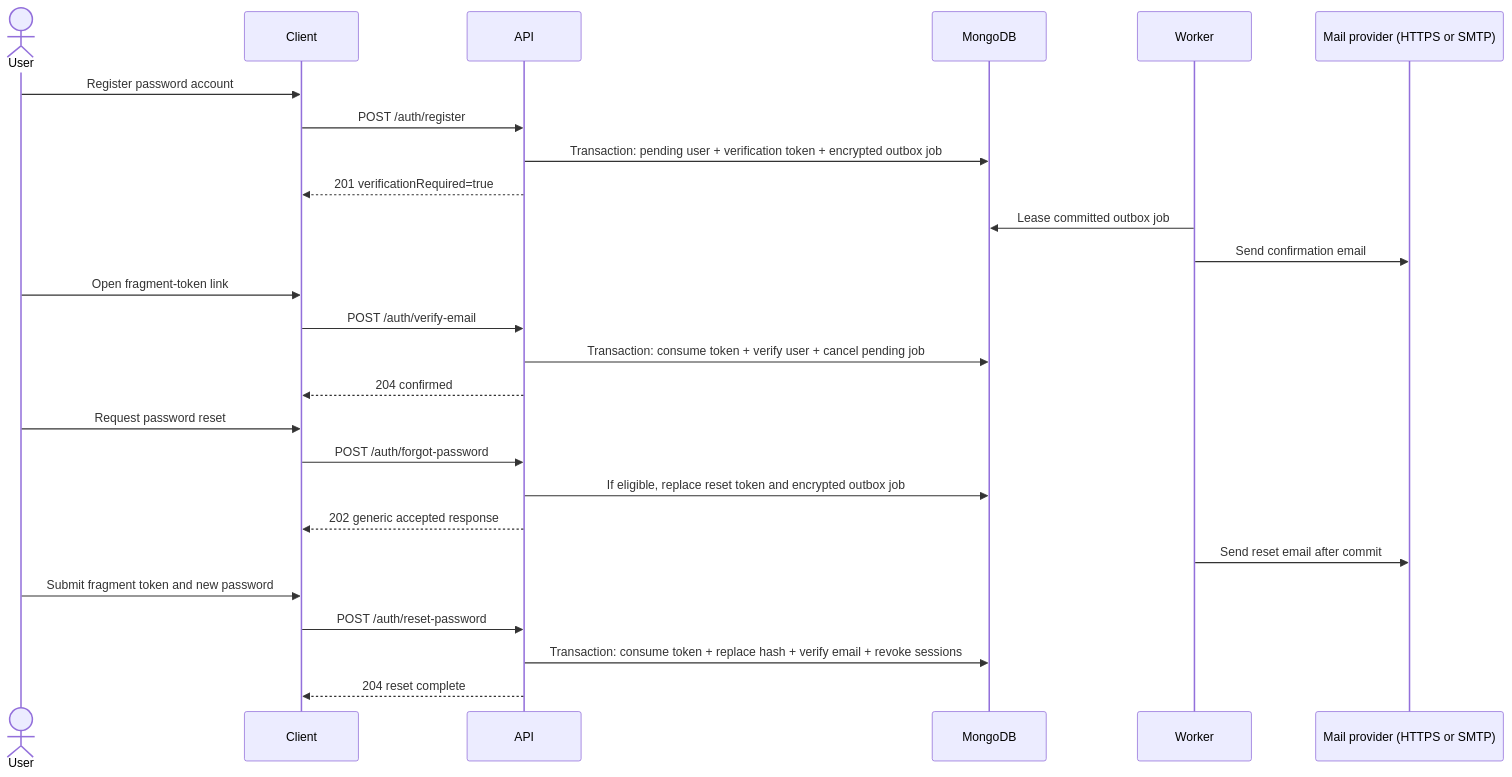
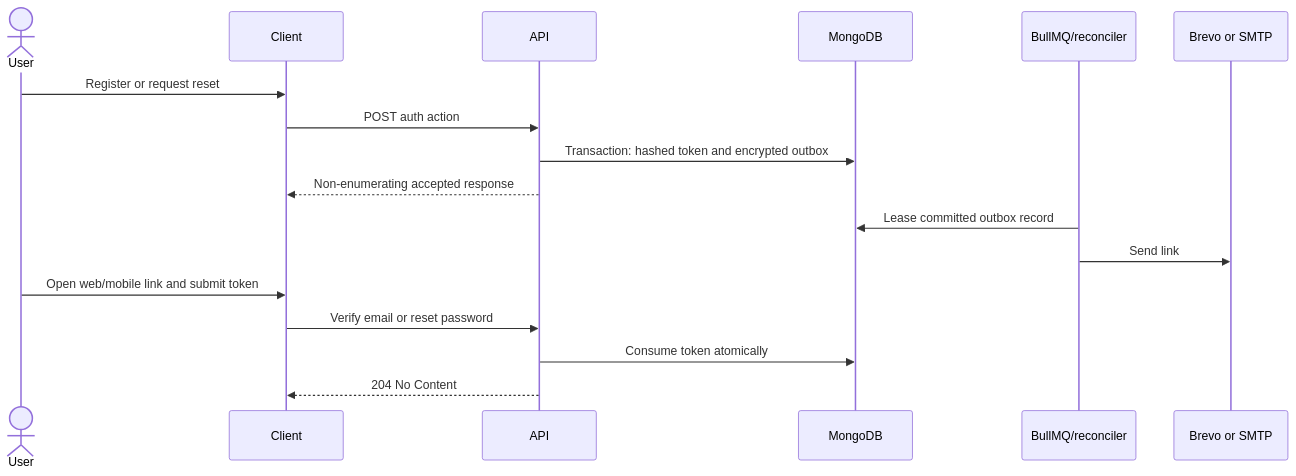
One commit to RamyMohamed47/intouch-docs changed the diagram in Diagrams/Sequence - Email Actions.md. Above: the diagram before and after it, drawn with Mermaid. The commit also changed other lines of this file and 80 other files, not shown here.

Commit message:
align documentation vault with current InTouch architecture

````diff
--- a/Diagrams/Sequence - Email Actions.md
+++ b/Diagrams/Sequence - Email Actions.md
@@ -1,59 +3,19 @@
-```mermaid
-
+~~~mermaid
 sequenceDiagram
-
-    actor User
-
-    participant Client
-
-    participant API
-
-    participant MongoDB
-
-    participant Worker
-
-    participant MailProvider as Mail provider (HTTPS or SMTP)
-
-  
-
-    User->>Client: Register password account
-
-    Client->>API: POST /auth/register
-
-    API->>MongoDB: Transaction: pending user + verification token + encrypted outbox job
-
-    API-->>Client: 201 verificationRequired=true
-
-    Worker->>MongoDB: Lease committed outbox job
-
-    Worker->>MailProvider: Send confirmation email
-
-    User->>Client: Open fragment-token link
-
-    Client->>API: POST /auth/verify-email
-
-    API->>MongoDB: Transaction: consume token + verify user + cancel pending job
-
-    API-->>Client: 204 confirmed
-
-  
-
-    User->>Client: Request password reset
-
-    Client->>API: POST /auth/forgot-password
-
-    API->>MongoDB: If eligible, replace reset token and encrypted outbox job
-
-    API-->>Client: 202 generic accepted response
-
-    Worker->>MailProvider: Send reset email after commit
-
-    User->>Client: Submit fragment token and new password
-
-    Client->>API: POST /auth/reset-password
-
-    API->>MongoDB: Transaction: consume token + replace hash + verify email + revoke sessions
-
-    API-->>Client: 204 reset complete
-
-```
+  actor User
+  participant Client
+  participant API
+  participant DB as MongoDB
+  participant Jobs as BullMQ/reconciler
+  participant Mail as Brevo or SMTP
+  User->>Client: Register or request reset
+  Client->>API: POST auth action
+  API->>DB: Transaction: hashed token and encrypted outbox
+  API-->>Client: Non-enumerating accepted response
+  Jobs->>DB: Lease committed outbox record
+  Jobs->>Mail: Send link
+  User->>Client: Open web/mobile link and submit token
+  Client->>API: Verify email or reset password
+  API->>DB: Consume token atomically
+  API-->>Client: 204 No Content
+~~~
````
